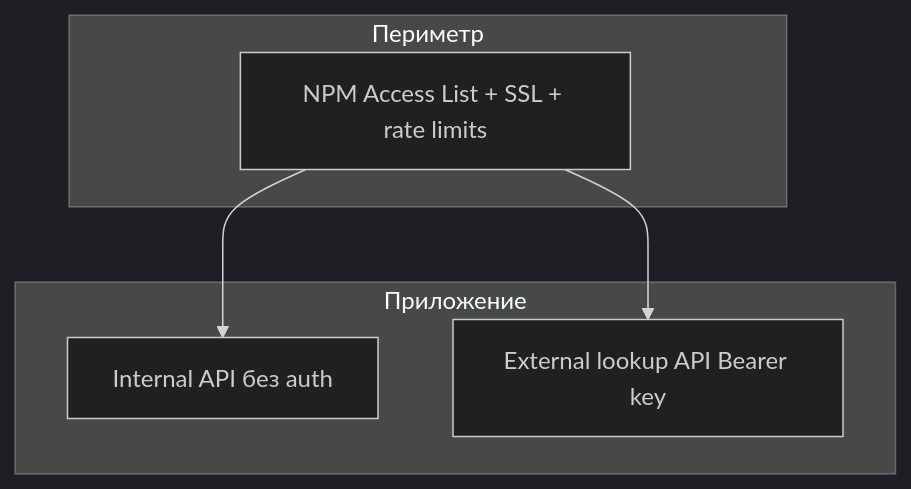
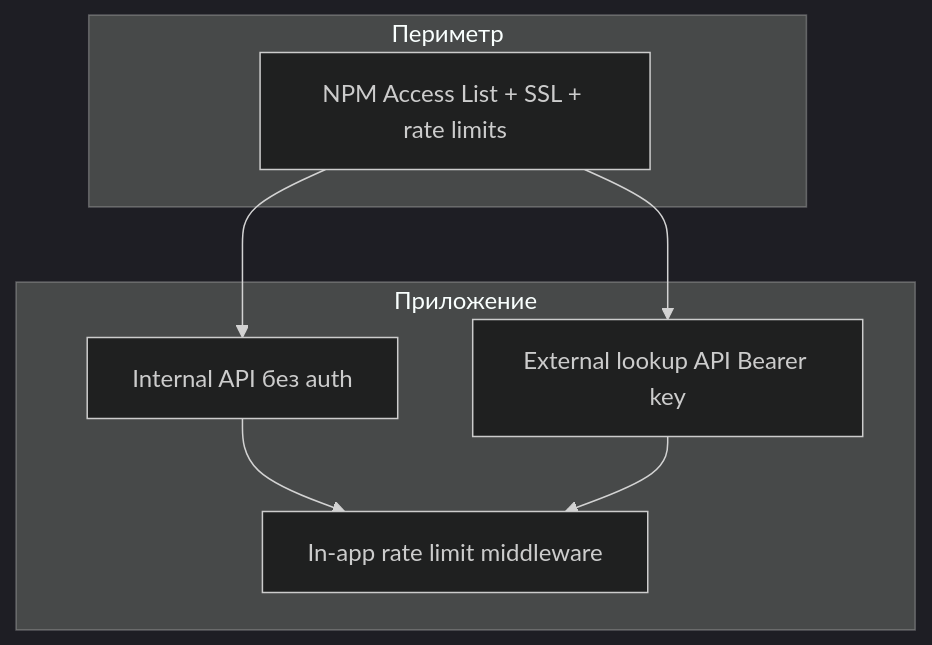
The diagram in docs/security.md (finenumbers/pstn), drawn with Mermaid (dark theme) before and after one commit. The commit also changed other lines of this file and 9 other files, not shown here.

Commit message:
Add in-app rate limits and security headers (medium hardening).

````diff
--- a/docs/security.md
+++ b/docs/security.md
@@ -15,12 +15,15 @@
 ```mermaid
 flowchart TB
   subgraph perimeter [Периметр]
     npm[NPM Access List + SSL + rate limits]
   end
   subgraph app_layer [Приложение]
     internal[Internal API без auth]
     lookup[External lookup API Bearer key]
+    rl[In-app rate limit middleware]
   end
   npm --> internal
   npm --> lookup
+  internal --> rl
+  lookup --> rl
 ```
````
